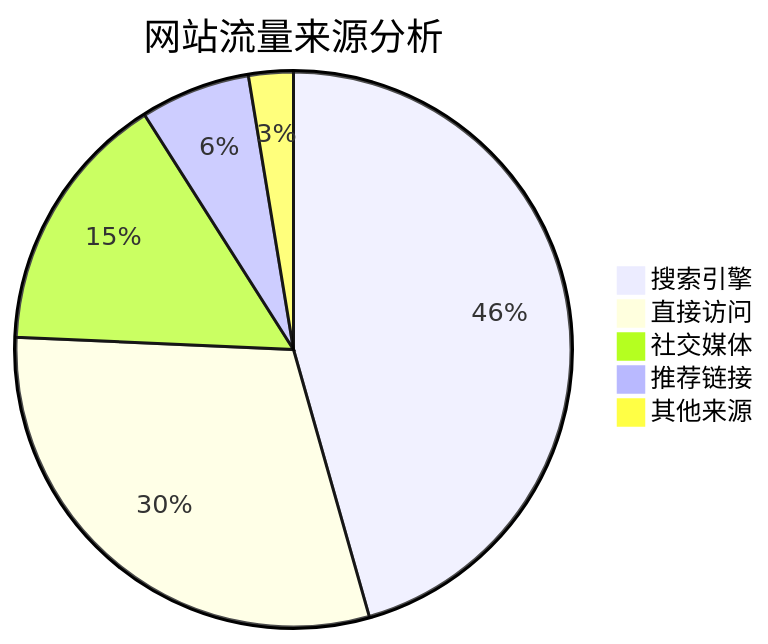
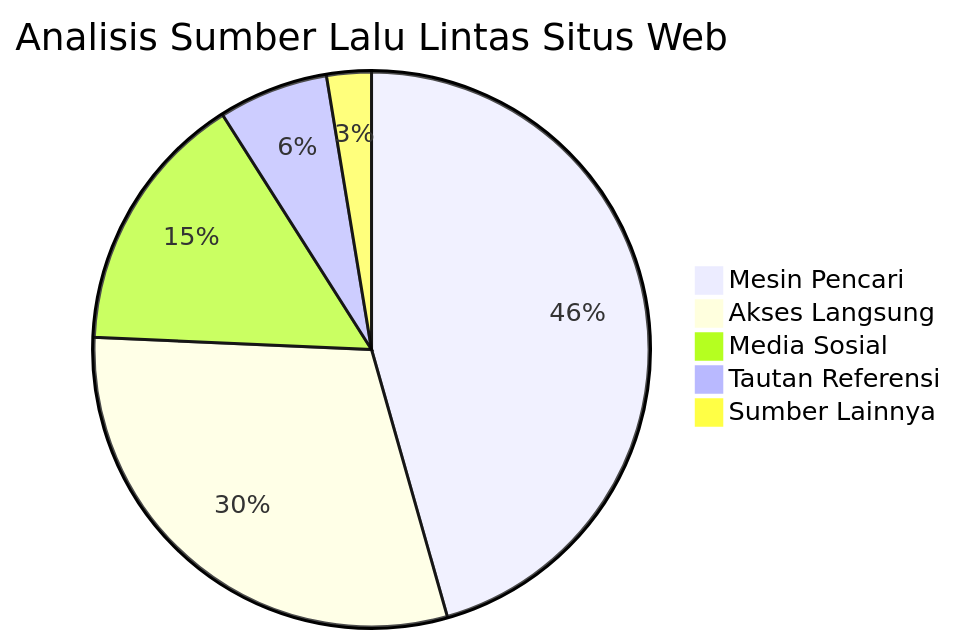
One commit to abqoryme/LightKira changed the sixth of 6 diagrams in src/content/posts/markdown-mermaid.md. Above: the diagram before and after it, drawn with Mermaid. The commit also changed other lines of this file and 12 other files, not shown here.

````diff
--- a/src/content/posts/markdown-mermaid.md
+++ b/src/content/posts/markdown-mermaid.md
@@ -177,8 +179,9 @@
 ```mermaid
-pie title 网站流量来源分析
-    "搜索引擎" : 45.6
-    "直接访问" : 30.1
-    "社交媒体" : 15.3
-    "推荐链接" : 6.4
-    "其他来源" : 2.6
+pie title Analisis Sumber Lalu Lintas Situs Web
+    "Mesin Pencari" : 45.6
+    "Akses Langsung" : 30.1
+    "Media Sosial" : 15.3
+    "Tautan Referensi" : 6.4
+    "Sumber Lainnya" : 2.6
+
 ```
````
